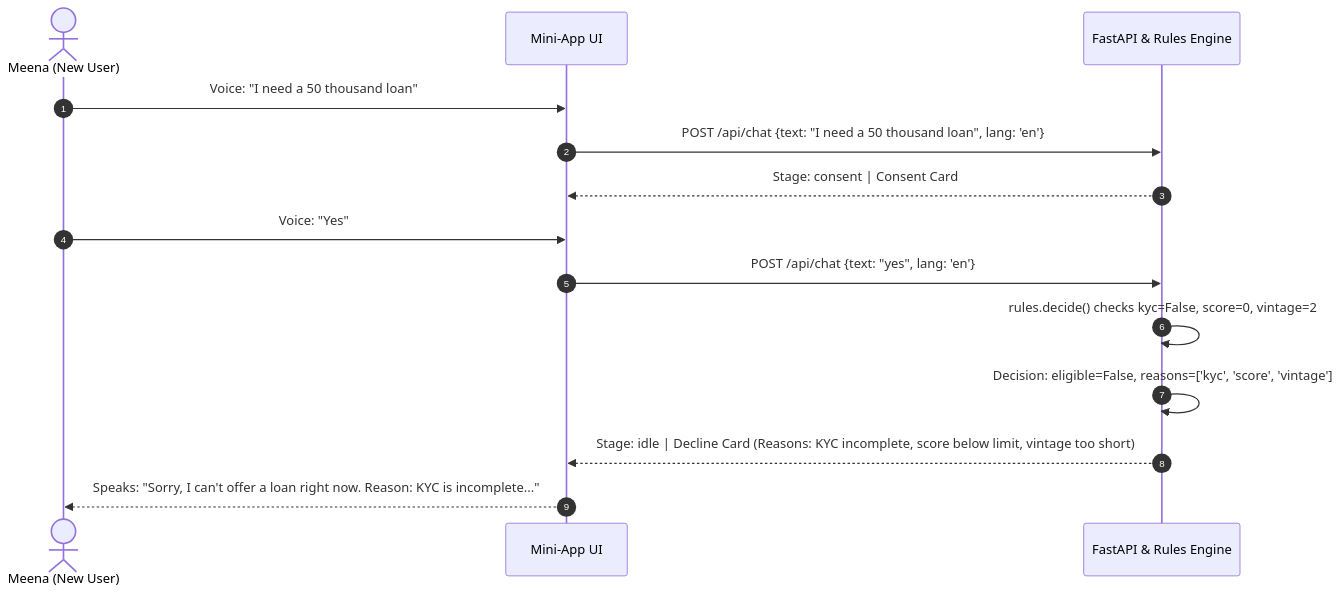
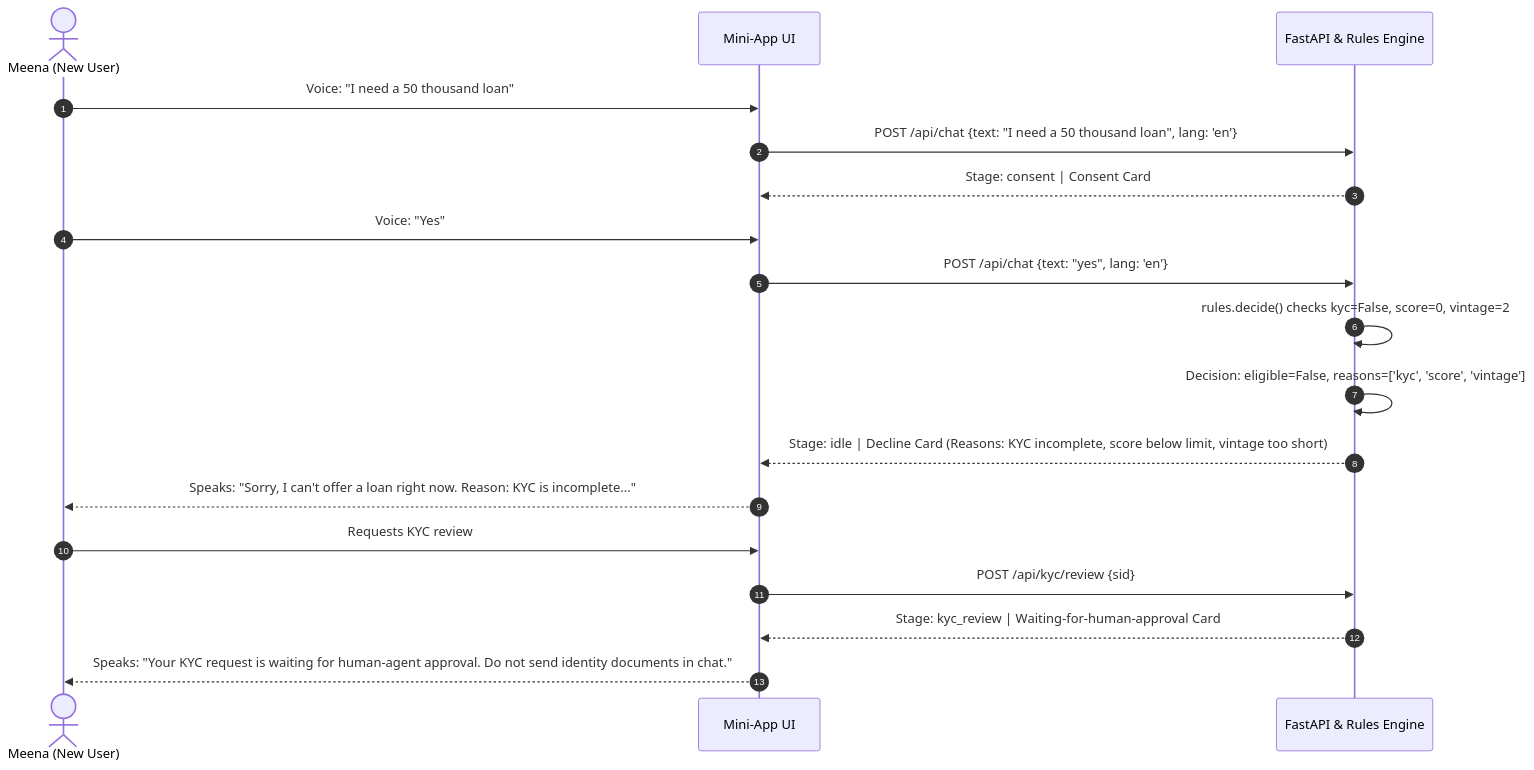
The fifth of 7 diagrams in docs/WORKFLOW.md (e-smo1507/AI-powered-paytm-system), drawn with Mermaid before and after one commit. The commit also changed other lines of this file and 6 other files, not shown here.

````diff
--- a/docs/WORKFLOW.md
+++ b/docs/WORKFLOW.md
@@ -144,18 +145,22 @@
 ```mermaid
 sequenceDiagram
     autonumber
     actor Meena as Meena (New User)
     participant UI as Mini-App UI
     participant Backend as FastAPI & Rules Engine
 
     Meena->>UI: Voice: "I need a 50 thousand loan"
     UI->>Backend: POST /api/chat {text: "I need a 50 thousand loan", lang: 'en'}
     Backend-->>UI: Stage: consent | Consent Card
     
     Meena->>UI: Voice: "Yes"
     UI->>Backend: POST /api/chat {text: "yes", lang: 'en'}
     Backend->>Backend: rules.decide() checks kyc=False, score=0, vintage=2
     Backend->>Backend: Decision: eligible=False, reasons=['kyc', 'score', 'vintage']
     Backend-->>UI: Stage: idle | Decline Card (Reasons: KYC incomplete, score below limit, vintage too short)
     UI-->>Meena: Speaks: "Sorry, I can't offer a loan right now. Reason: KYC is incomplete..."
+    Meena->>UI: Requests KYC review
+    UI->>Backend: POST /api/kyc/review {sid}
+    Backend-->>UI: Stage: kyc_review | Waiting-for-human-approval Card
+    UI-->>Meena: Speaks: "Your KYC request is waiting for human-agent approval. Do not send identity documents in chat."
 ```
````
